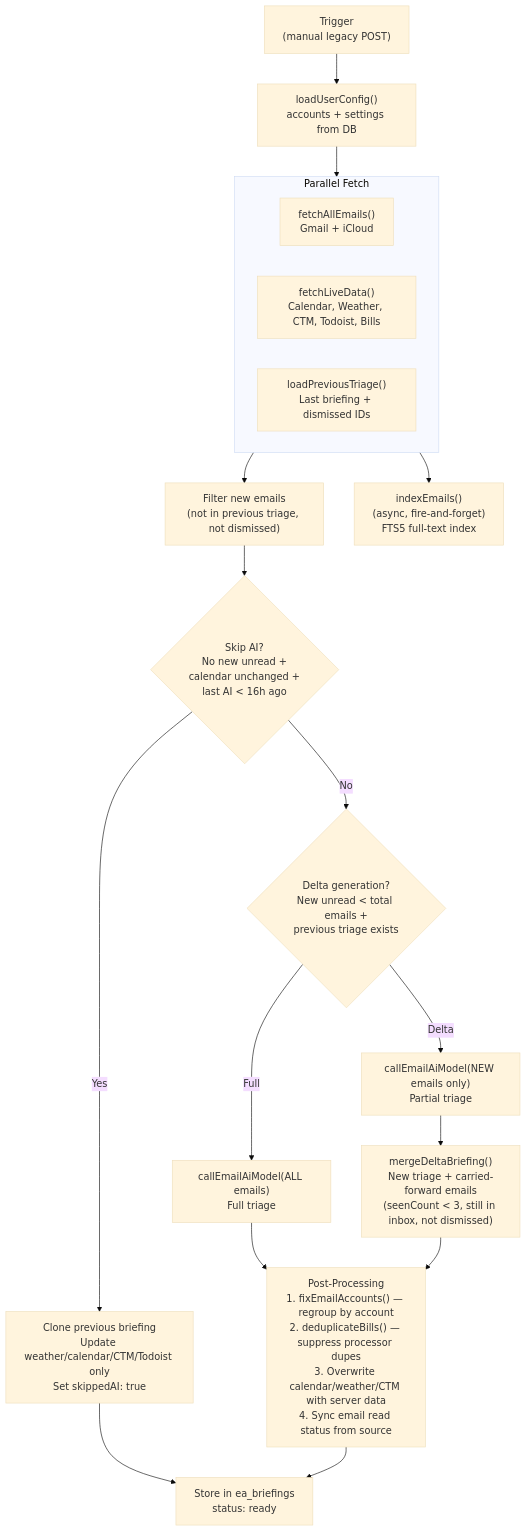
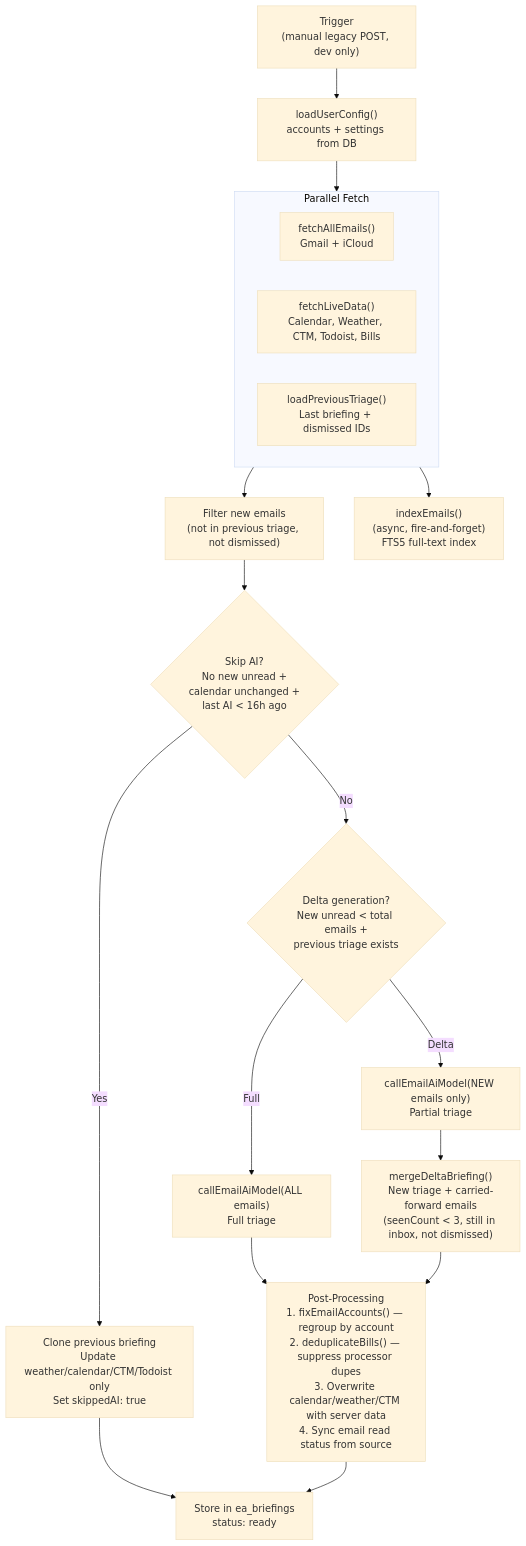
The sixth of 7 diagrams in ARCHITECTURE.md (ansidian/Setpoint), drawn with Mermaid (base theme) before and after one commit. The commit also changed other lines of this file and 1 other file, not shown here.

````diff
--- a/ARCHITECTURE.md
+++ b/ARCHITECTURE.md
@@ -341,39 +341,39 @@
 ```mermaid
 flowchart TD
-    Trigger["Trigger<br/>(manual legacy POST)"]
+    Trigger["Trigger<br/>(manual legacy POST, dev only)"]
     Config["loadUserConfig()<br/>accounts + settings from DB"]
     
     subgraph Parallel["Parallel Fetch"]
         Emails["fetchAllEmails()<br/>Gmail + iCloud"]
         Live["fetchLiveData()<br/>Calendar, Weather, CTM, Todoist, Bills"]
         Prev["loadPreviousTriage()<br/>Last briefing + dismissed IDs"]
     end
 
     Filter["Filter new emails<br/>(not in previous triage, not dismissed)"]
     
     Skip{"Skip AI?<br/>No new unread +<br/>calendar unchanged +<br/>last AI < 16h ago"}
     
     Clone["Clone previous briefing<br/>Update weather/calendar/CTM/Todoist only<br/>Set skippedAI: true"]
     
     Delta{"Delta generation?<br/>New unread < total emails +<br/>previous triage exists"}
 
     EmailAiFull["callEmailAiModel(ALL emails)<br/>Full triage"]
     EmailAiDelta["callEmailAiModel(NEW emails only)<br/>Partial triage"]
     
     Merge["mergeDeltaBriefing()<br/>New triage + carried-forward emails<br/>(seenCount < 3, still in inbox, not dismissed)"]
 
     PostProcess["Post-Processing<br/>1. fixEmailAccounts() — regroup by account<br/>2. deduplicateBills() — suppress processor dupes<br/>3. Overwrite calendar/weather/CTM with server data<br/>4. Sync email read status from source"]
 
     Index["indexEmails()<br/>(async, fire-and-forget)<br/>FTS5 full-text index"]
 
     Store["Store in ea_briefings<br/>status: ready"]
     Trigger --> Config --> Parallel
     Parallel --> Index
     Parallel --> Filter
     Filter --> Skip
     Skip -->|Yes| Clone --> Store
     Skip -->|No| Delta
     Delta -->|Full| EmailAiFull --> PostProcess
     Delta -->|Delta| EmailAiDelta --> Merge --> PostProcess
     PostProcess --> Store
 ```
````
